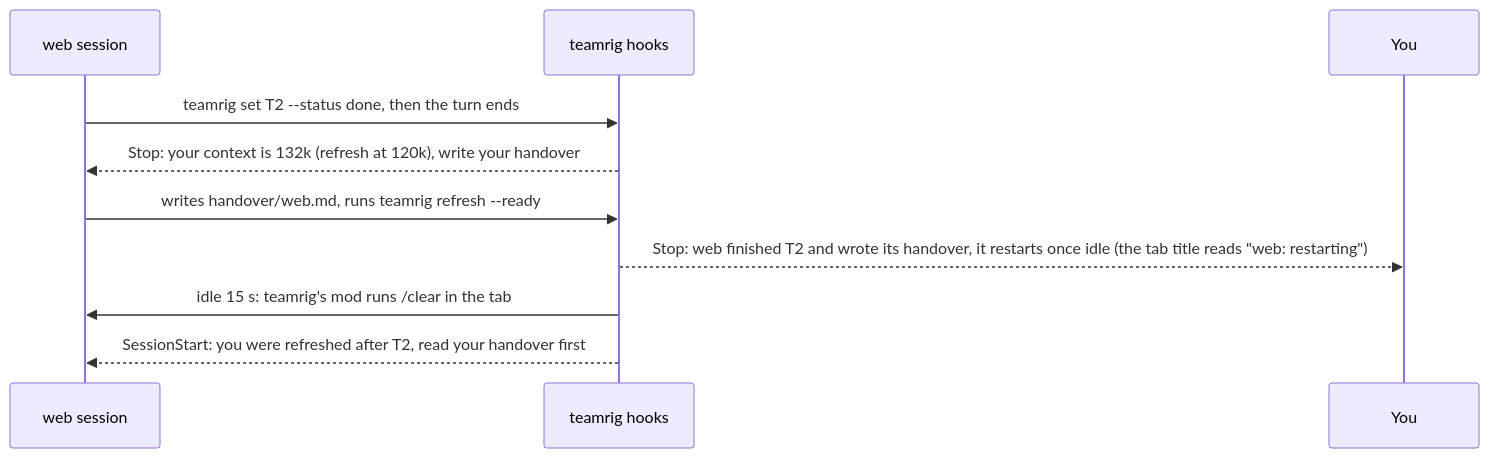
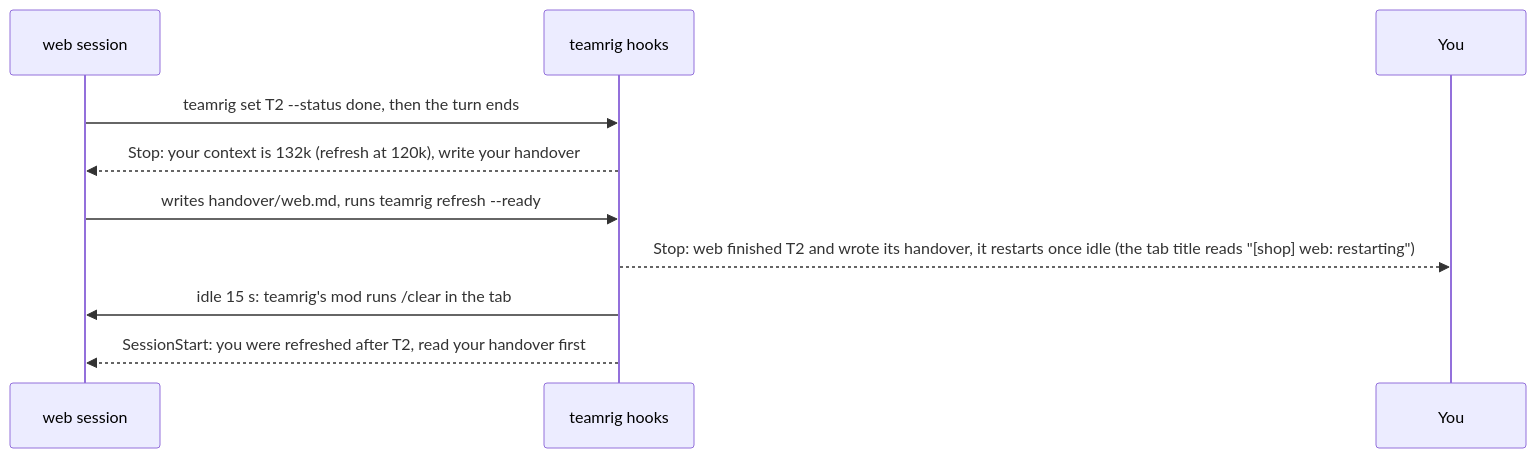
One commit to GeneralA6/teamrig changed the seventh of 10 diagrams in docs/how-it-works.md. Above: the diagram before and after it, drawn with Mermaid. The commit also changed other lines of this file and 6 other files, not shown here.

First line of the commit message:
docs: tab titles read [team] name, and such a title binds its tab (T936)

````diff
--- a/docs/how-it-works.md
+++ b/docs/how-it-works.md
@@ -495,12 +496,12 @@
 ```mermaid
 sequenceDiagram
   participant W as web session
   participant H as teamrig hooks
   participant Y as You
   W->>H: teamrig set T2 --status done, then the turn ends
   H-->>W: Stop: your context is 132k (refresh at 120k), write your handover
   W->>H: writes handover/web.md, runs teamrig refresh --ready
-  H-->>Y: Stop: web finished T2 and wrote its handover, it restarts once idle (the tab title reads "web: restarting")
+  H-->>Y: Stop: web finished T2 and wrote its handover, it restarts once idle (the tab title reads "[shop] web: restarting")
   H->>W: idle 15 s: teamrig's mod runs /clear in the tab
   H-->>W: SessionStart: you were refreshed after T2, read your handover first
 ```
````
